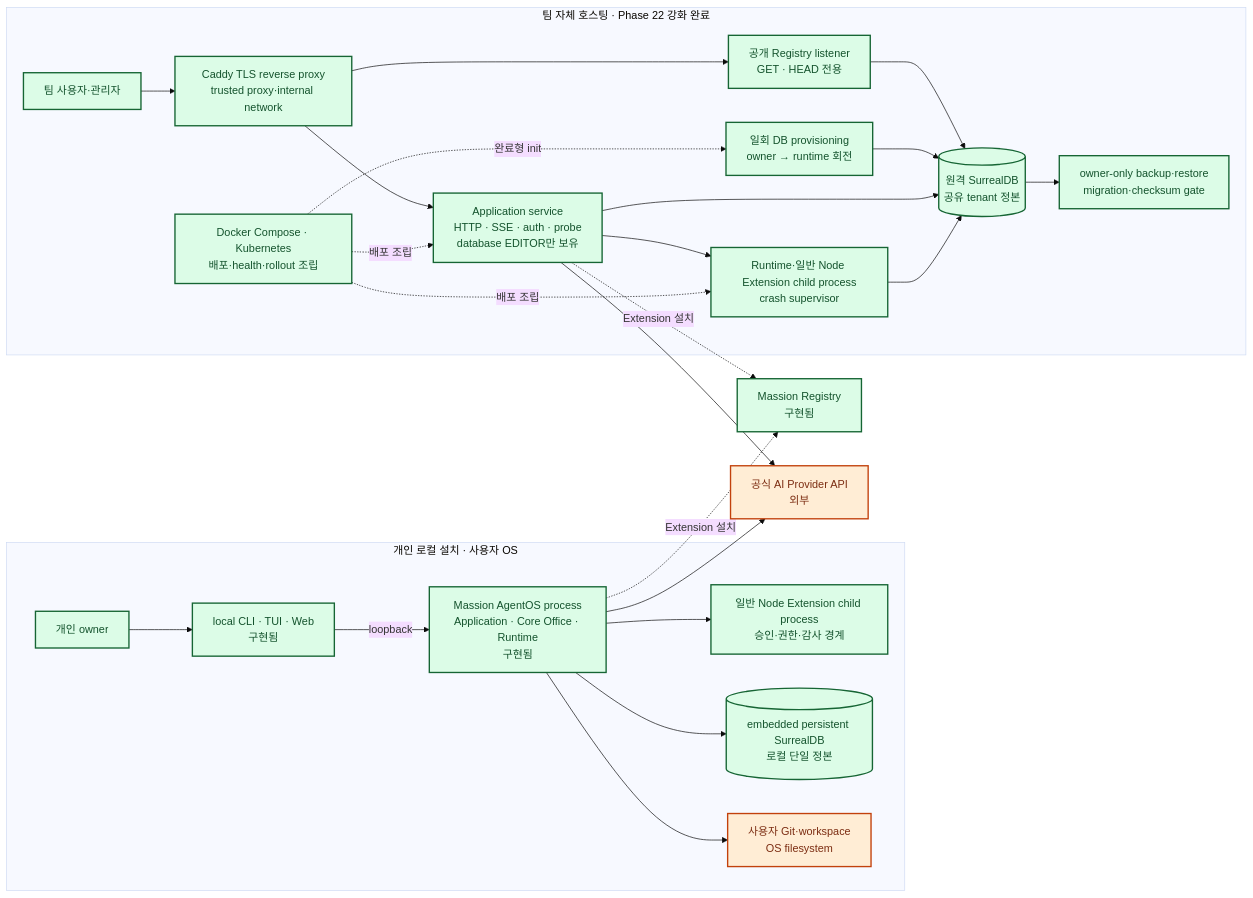
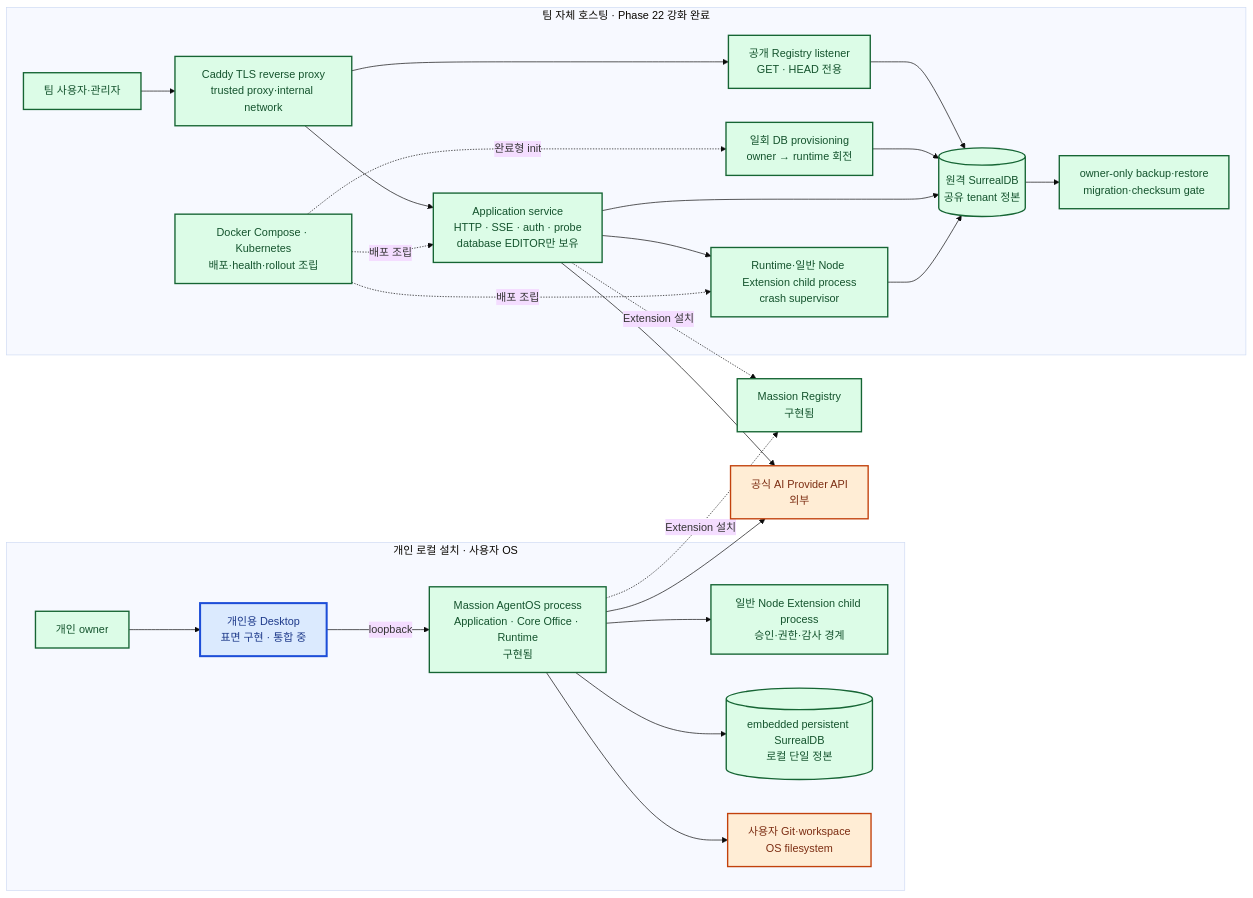
Diagram 11 of 11 in docs/architecture/README.md (jabdori/massion), drawn with Mermaid (base theme) before and after one commit. The commit also changed other lines of this file and 21 other files, not shown here.

````diff
--- a/docs/architecture/README.md
+++ b/docs/architecture/README.md
@@ -631,54 +634,54 @@
 ```mermaid
 flowchart LR
   classDef implemented fill:#dcfce7,stroke:#166534,color:#14532d,stroke-width:2px;
   classDef implementing fill:#dbeafe,stroke:#1d4ed8,color:#1e3a8a,stroke-width:3px;
   classDef planned fill:#f3f4f6,stroke:#6b7280,color:#374151,stroke-width:1px,stroke-dasharray:5 5;
   classDef external fill:#ffedd5,stroke:#c2410c,color:#7c2d12,stroke-width:2px;
 
   subgraph Local["개인 로컬 설치 · 사용자 OS"]
     LocalUser["개인 owner"]:::implemented
-    LocalSurface["local CLI · TUI · Web<br/>구현됨"]:::implemented
+    LocalSurface["개인용 Desktop<br/>표면 구현 · 통합 중"]:::implementing
     LocalCore["Massion AgentOS process<br/>Application · Core Office · Runtime<br/>구현됨"]:::implemented
     LocalWorkers["일반 Node Extension child process<br/>승인·권한·감사 경계"]:::implemented
     LocalDB[("embedded persistent SurrealDB<br/>로컬 단일 정본")]:::implemented
     LocalFiles["사용자 Git·workspace<br/>OS filesystem"]:::external
 
     LocalUser --> LocalSurface
     LocalSurface -->|loopback| LocalCore
     LocalCore --> LocalDB
     LocalCore --> LocalWorkers
     LocalCore --> LocalFiles
   end
 
   subgraph Team["팀 자체 호스팅 · Phase 22 강화 완료"]
     TeamUsers["팀 사용자·관리자"]:::implemented
     Proxy["Caddy TLS reverse proxy<br/>trusted proxy·internal network"]:::implemented
     Apps["Application service<br/>HTTP · SSE · auth · probe<br/>database EDITOR만 보유"]:::implemented
     RegistryRead["공개 Registry listener<br/>GET · HEAD 전용"]:::implemented
     Provision["일회 DB provisioning<br/>owner → runtime 회전"]:::implemented
     RuntimePool["Runtime·일반 Node Extension child process<br/>crash supervisor"]:::implemented
     SharedDB[("원격 SurrealDB<br/>공유 tenant 정본")]:::implemented
     Backup["owner-only backup·restore<br/>migration·checksum gate"]:::implemented
     K8s["Docker Compose · Kubernetes<br/>배포·health·rollout 조립"]:::implemented
 
     TeamUsers --> Proxy
     Proxy --> Apps
     Proxy --> RegistryRead
     RegistryRead --> SharedDB
     Provision --> SharedDB
     Apps --> RuntimePool
     Apps --> SharedDB
     RuntimePool --> SharedDB
     SharedDB --> Backup
     K8s -. "배포 조립" .-> Apps
     K8s -. "완료형 init" .-> Provision
     K8s -. "배포 조립" .-> RuntimePool
   end
 
   Registry["Massion Registry<br/>구현됨"]:::implemented
   Providers["공식 AI Provider API<br/>외부"]:::external
   LocalCore --> Providers
   Apps --> Providers
   LocalCore -. "Extension 설치" .-> Registry
   Apps -. "Extension 설치" .-> Registry
 ```
````
